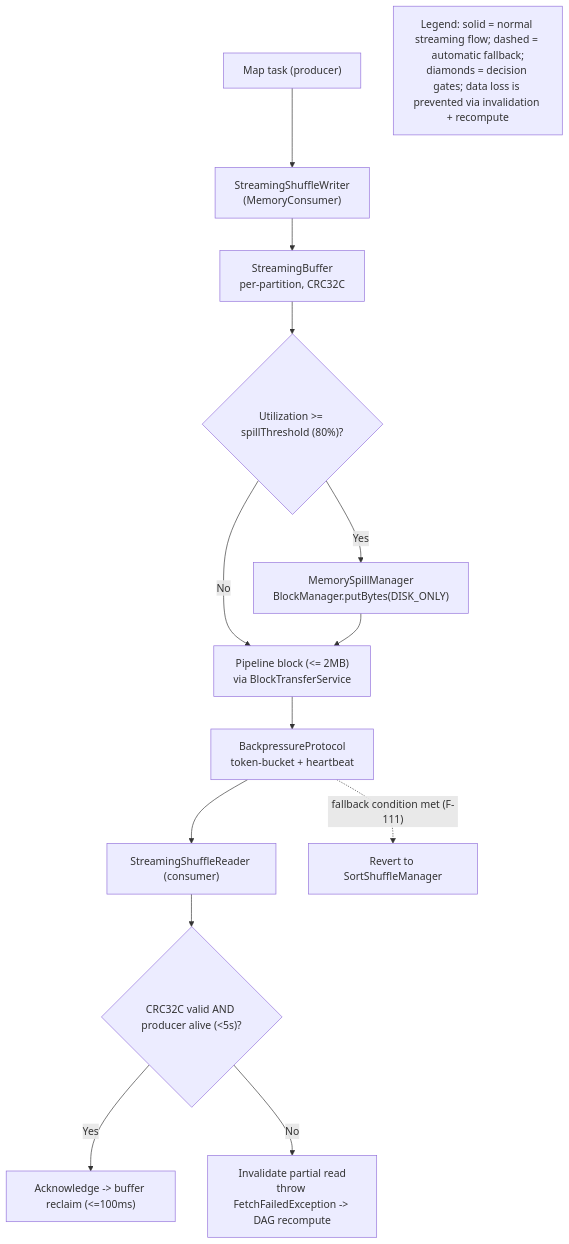
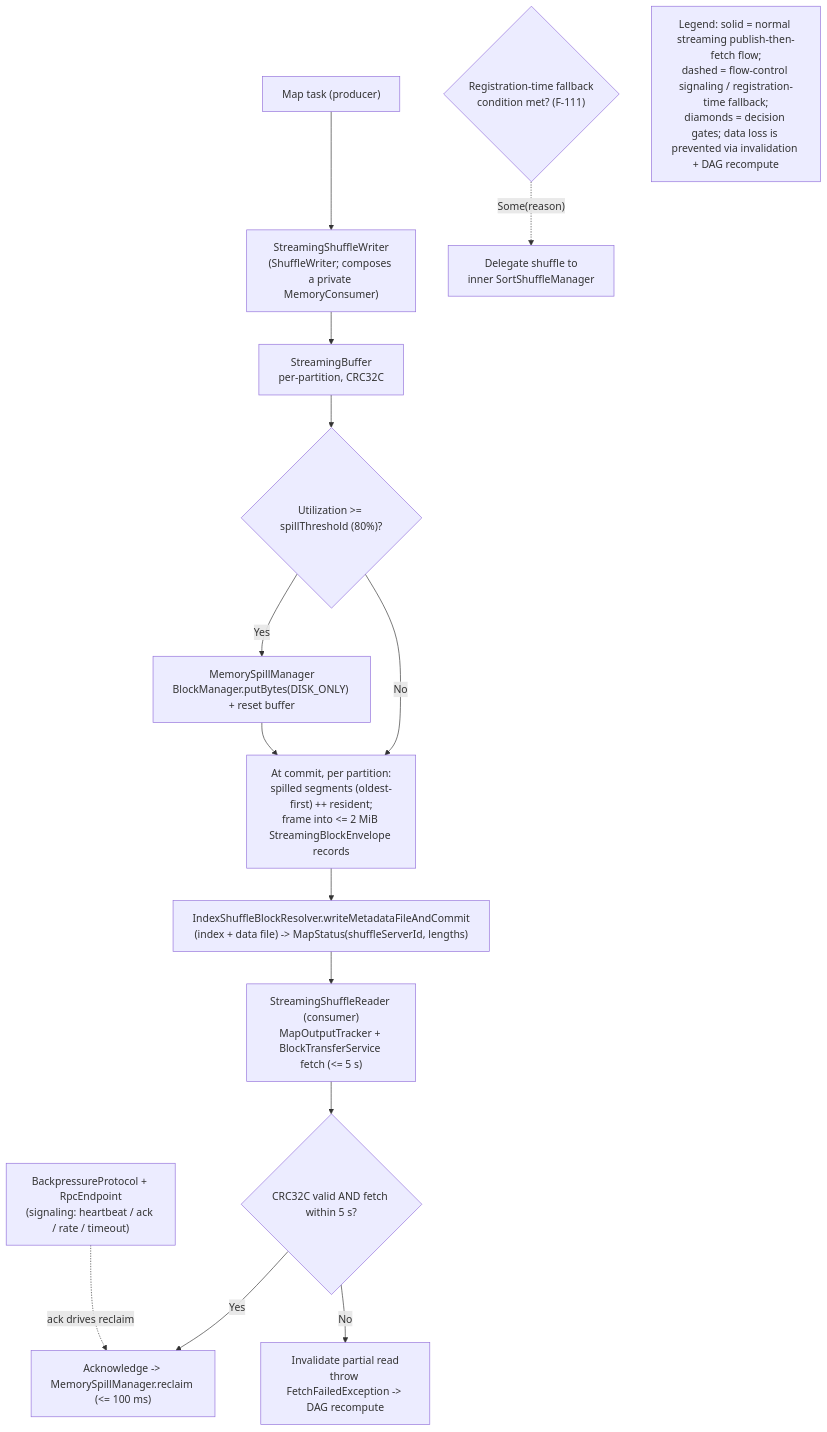
The third of 3 diagrams in blitzy-docs/streaming-shuffle/architecture.md (Blitzy-Sandbox/blitzy-spark), drawn with Mermaid before and after one commit. The commit also changed other lines of this file and 18 other files, not shown here.

First line of the commit message:
Resolve CP2 code-review findings for streaming shuffle subsystem

````diff
--- a/blitzy-docs/streaming-shuffle/architecture.md
+++ b/blitzy-docs/streaming-shuffle/architecture.md
@@ -74,16 +74,17 @@
 ```mermaid
 flowchart TD
-    Map["Map task (producer)"] --> Writer["StreamingShuffleWriter<br/>(MemoryConsumer)"]
+    Map["Map task (producer)"] --> Writer["StreamingShuffleWriter<br/>(ShuffleWriter; composes a private MemoryConsumer)"]
     Writer --> Buffer["StreamingBuffer<br/>per-partition, CRC32C"]
     Buffer --> Util{"Utilization >= spillThreshold (80%)?"}
-    Util -->|"No"| Pipe["Pipeline block (<= 2MB)<br/>via BlockTransferService"]
-    Util -->|"Yes"| Spill["MemorySpillManager<br/>BlockManager.putBytes(DISK_ONLY)"]
-    Spill --> Pipe
-    Pipe --> BPGate["BackpressureProtocol<br/>token-bucket + heartbeat"]
-    BPGate --> Reader["StreamingShuffleReader (consumer)"]
-    Reader --> Validate{"CRC32C valid AND producer alive (<5s)?"}
-    Validate -->|"Yes"| Ack["Acknowledge -> buffer reclaim (<=100ms)"]
+    Util -->|"Yes"| Spill["MemorySpillManager<br/>BlockManager.putBytes(DISK_ONLY) + reset buffer"]
+    Util -->|"No"| Commit
+    Spill --> Commit["At commit, per partition:<br/>spilled segments (oldest-first) ++ resident;<br/>frame into <= 2 MiB StreamingBlockEnvelope records"]
+    Commit --> Publish["IndexShuffleBlockResolver.writeMetadataFileAndCommit<br/>(index + data file) -> MapStatus(shuffleServerId, lengths)"]
+    Publish --> Fetch["StreamingShuffleReader (consumer)<br/>MapOutputTracker + BlockTransferService fetch (<= 5 s)"]
+    Fetch --> Validate{"CRC32C valid AND fetch within 5 s?"}
+    Validate -->|"Yes"| Ack["Acknowledge -> MemorySpillManager.reclaim (<= 100 ms)"]
     Validate -->|"No"| Invalidate["Invalidate partial read<br/>throw FetchFailedException -> DAG recompute"]
-    BPGate -. "fallback condition met (F-111)" .-> Fallback["Revert to SortShuffleManager"]
-    legendNode["Legend: solid = normal streaming flow; dashed = automatic fallback;<br/>diamonds = decision gates; data loss is prevented via invalidation + recompute"]
+    BPGate["BackpressureProtocol + RpcEndpoint<br/>(signaling: heartbeat / ack / rate / timeout)"] -. "ack drives reclaim" .-> Ack
+    Reg{"Registration-time fallback<br/>condition met? (F-111)"} -. "Some(reason)" .-> Fallback["Delegate shuffle to<br/>inner SortShuffleManager"]
+    legendNode["Legend: solid = normal streaming publish-then-fetch flow;<br/>dashed = flow-control signaling / registration-time fallback;<br/>diamonds = decision gates; data loss is prevented via invalidation + DAG recompute"]
 ```
````
